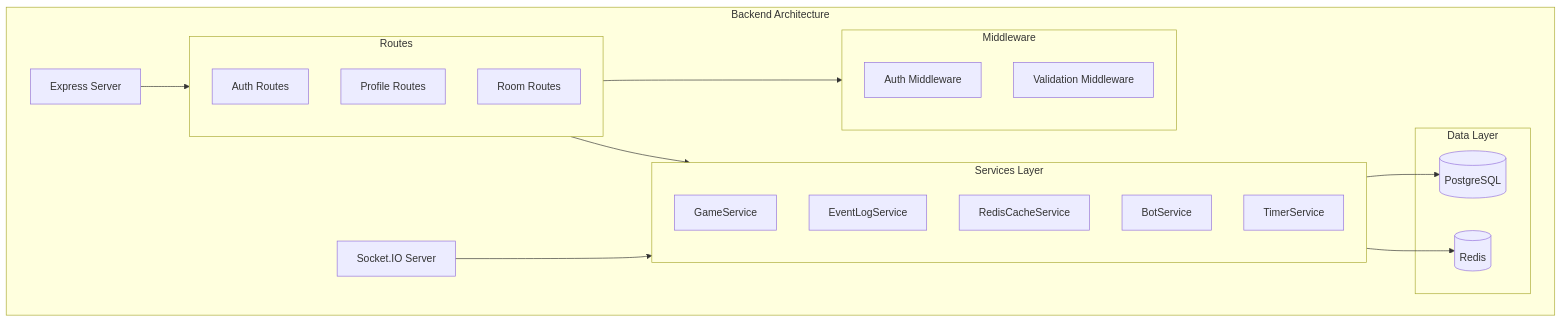
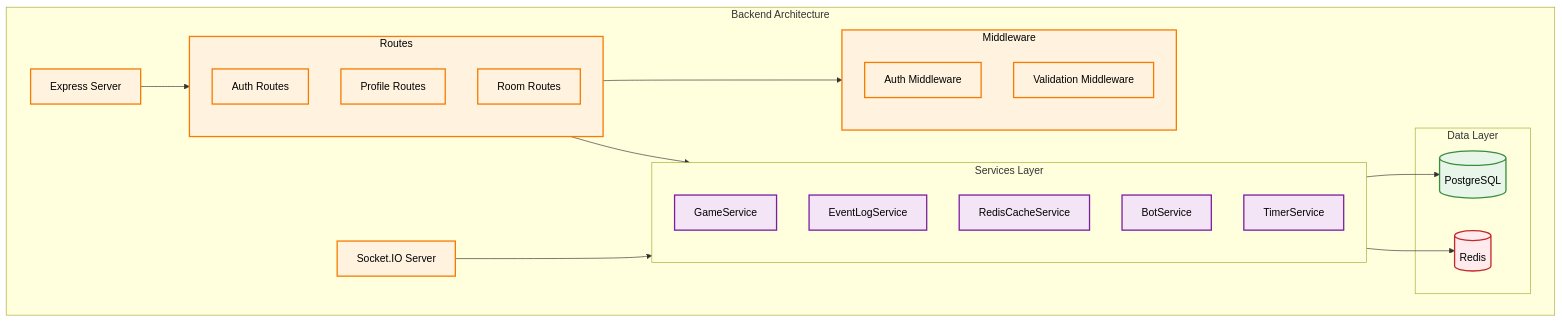
The first of 4 diagrams in docs/backend/README.md (hamza-berahma/set-game), drawn with Mermaid before and after one commit. The commit also changed other lines of this file and 7 other files, not shown here.

````diff
--- a/docs/backend/README.md
+++ b/docs/backend/README.md
@@ -21,38 +21,48 @@
 ```mermaid
 graph TB
     subgraph Backend_Architecture[Backend Architecture]
         Server[Express Server]
         Socket[Socket.IO Server]
         
         subgraph Services[Services Layer]
             GameService[GameService]
             EventService[EventLogService]
             CacheService[RedisCacheService]
             BotService[BotService]
             TimerService[TimerService]
         end
         
         subgraph Middleware[Middleware]
             Auth[Auth Middleware]
             Validation[Validation Middleware]
         end
         
         subgraph Routes[Routes]
             AuthRoutes[Auth Routes]
             ProfileRoutes[Profile Routes]
             RoomRoutes[Room Routes]
         end
         
         subgraph Data[Data Layer]
             Postgres[(PostgreSQL)]
             Redis[(Redis)]
         end
         
         Server --> Routes
         Routes --> Middleware
         Routes --> Services
         Socket --> Services
         Services --> Postgres
         Services --> Redis
     end
+    
+    classDef backend fill:#FFF3E0,stroke:#F57C00,stroke-width:2px,color:#000
+    classDef service fill:#F3E5F5,stroke:#7B1FA2,stroke-width:2px,color:#000
+    classDef database fill:#E8F5E9,stroke:#388E3C,stroke-width:2px,color:#000
+    classDef redis fill:#FFEBEE,stroke:#C62828,stroke-width:2px,color:#000
+    
+    class Server,Socket,Routes,Middleware,Auth,Validation,AuthRoutes,ProfileRoutes,RoomRoutes backend
+    class GameService,EventService,CacheService,BotService,TimerService service
+    class Postgres database
+    class Redis redis
 ```
````
